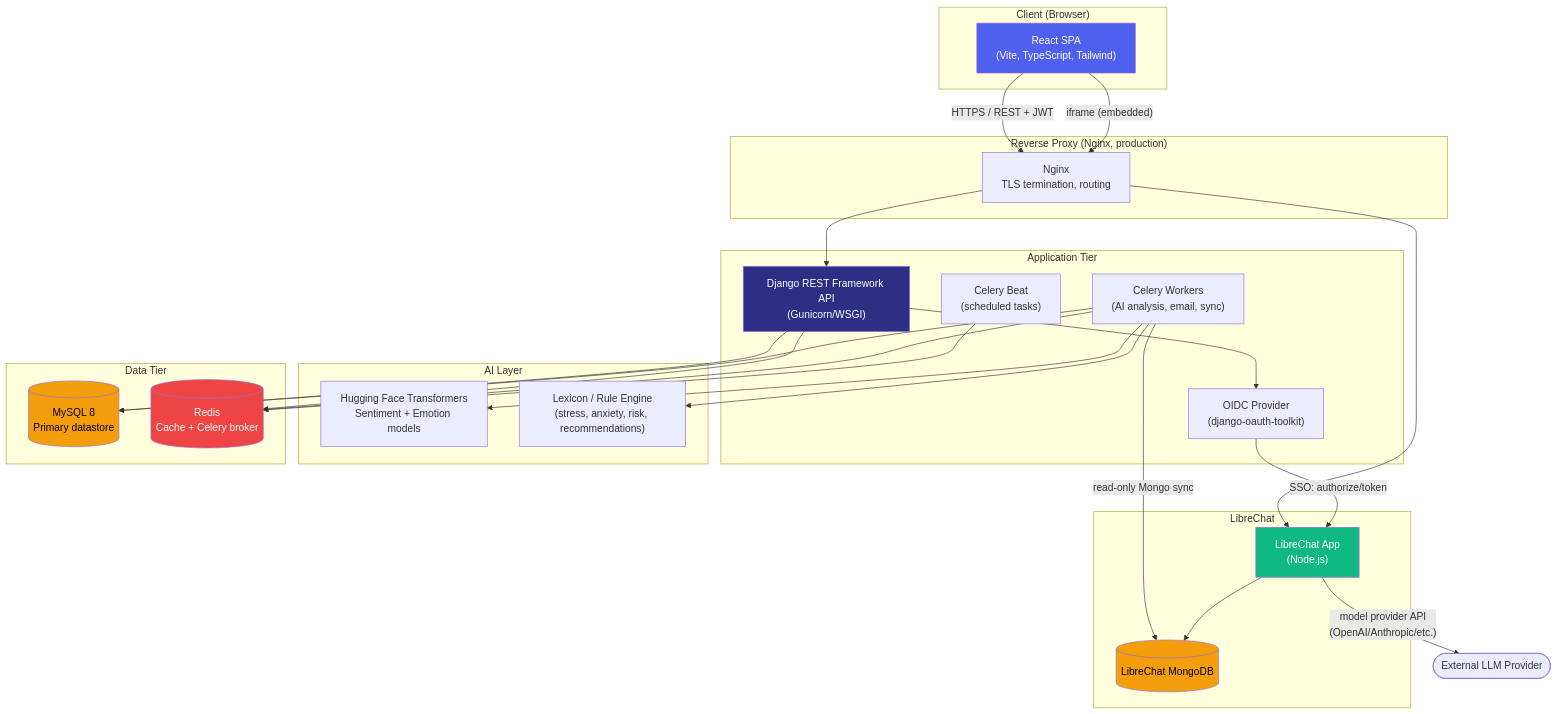
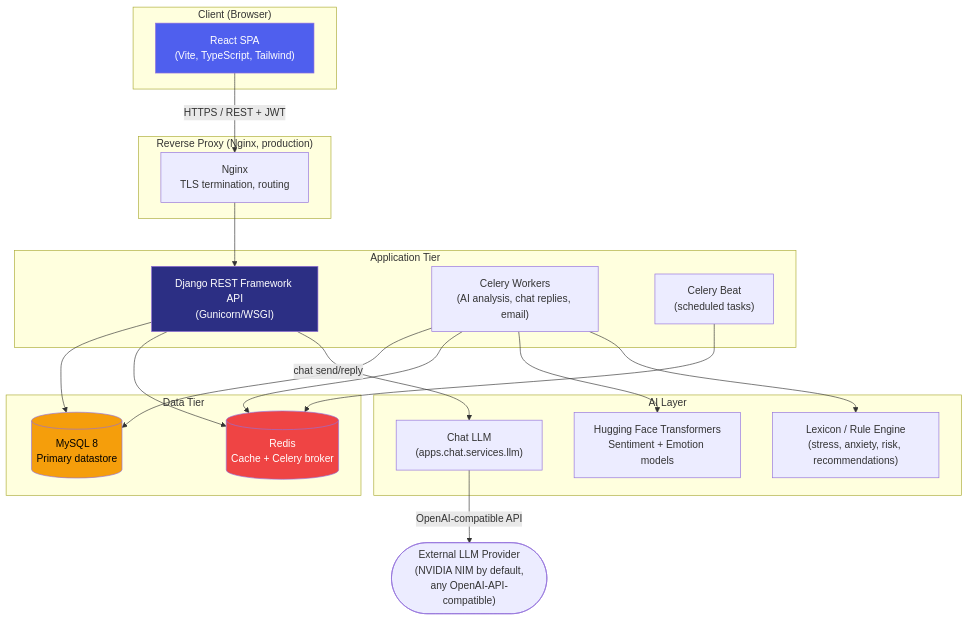
The diagram in docs/architecture/architecture-diagram.md (AduNero/mindai), drawn with Mermaid before and after one commit. The commit also changed other lines of this file and 64 other files, not shown here.

First line of the commit message:
Replace LibreChat with direct AI chat integration, modernize chat UI

````diff
--- a/docs/architecture/architecture-diagram.md
+++ b/docs/architecture/architecture-diagram.md
@@ -5,59 +5,49 @@
 ```mermaid
 graph TB
     subgraph Client["Client (Browser)"]
         SPA["React SPA\n(Vite, TypeScript, Tailwind)"]
     end
 
     subgraph Edge["Reverse Proxy (Nginx, production)"]
         NGINX["Nginx\nTLS termination, routing"]
     end
 
     subgraph App["Application Tier"]
         DJANGO["Django REST Framework API\n(Gunicorn/WSGI)"]
-        OIDC["OIDC Provider\n(django-oauth-toolkit)"]
-        CELERY["Celery Workers\n(AI analysis, email, sync)"]
+        CELERY["Celery Workers\n(AI analysis, chat replies, email)"]
         BEAT["Celery Beat\n(scheduled tasks)"]
     end
 
     subgraph AI["AI Layer"]
         HF["Hugging Face Transformers\nSentiment + Emotion models"]
         LEXICON["Lexicon / Rule Engine\n(stress, anxiety, risk, recommendations)"]
-    end
-
-    subgraph Chat["LibreChat"]
-        LIBRECHAT["LibreChat App\n(Node.js)"]
-        LCMONGO[("LibreChat MongoDB")]
+        LLM["Chat LLM\n(apps.chat.services.llm)"]
     end
 
     subgraph Data["Data Tier"]
         MYSQL[("MySQL 8\nPrimary datastore")]
         REDIS[("Redis\nCache + Celery broker")]
     end
 
+    EXTERNAL(["External LLM Provider\n(NVIDIA NIM by default,\nany OpenAI-API-compatible)"])
+
     SPA -->|"HTTPS / REST + JWT"| NGINX
-    SPA -->|"iframe (embedded)"| NGINX
     NGINX --> DJANGO
-    NGINX --> LIBRECHAT
 
     DJANGO --> MYSQL
     DJANGO --> REDIS
-    DJANGO --> OIDC
-    OIDC -->|"SSO: authorize/token"| LIBRECHAT
+    DJANGO -->|"chat send/reply"| LLM
 
     CELERY --> MYSQL
     CELERY --> REDIS
     CELERY --> HF
     CELERY --> LEXICON
-    CELERY -->|"read-only Mongo sync"| LCMONGO
     BEAT --> REDIS
 
-    LIBRECHAT --> LCMONGO
-    LIBRECHAT -->|"model provider API\n(OpenAI/Anthropic/etc.)"| EXTERNAL(["External LLM Provider"])
+    LLM -->|"OpenAI-compatible API"| EXTERNAL
 
     style SPA fill:#4f5fee,color:#fff
     style DJANGO fill:#2c2f84,color:#fff
-    style LIBRECHAT fill:#10b981,color:#fff
     style MYSQL fill:#f59e0b,color:#000
-    style LCMONGO fill:#f59e0b,color:#000
     style REDIS fill:#ef4444,color:#fff
 ```
````
